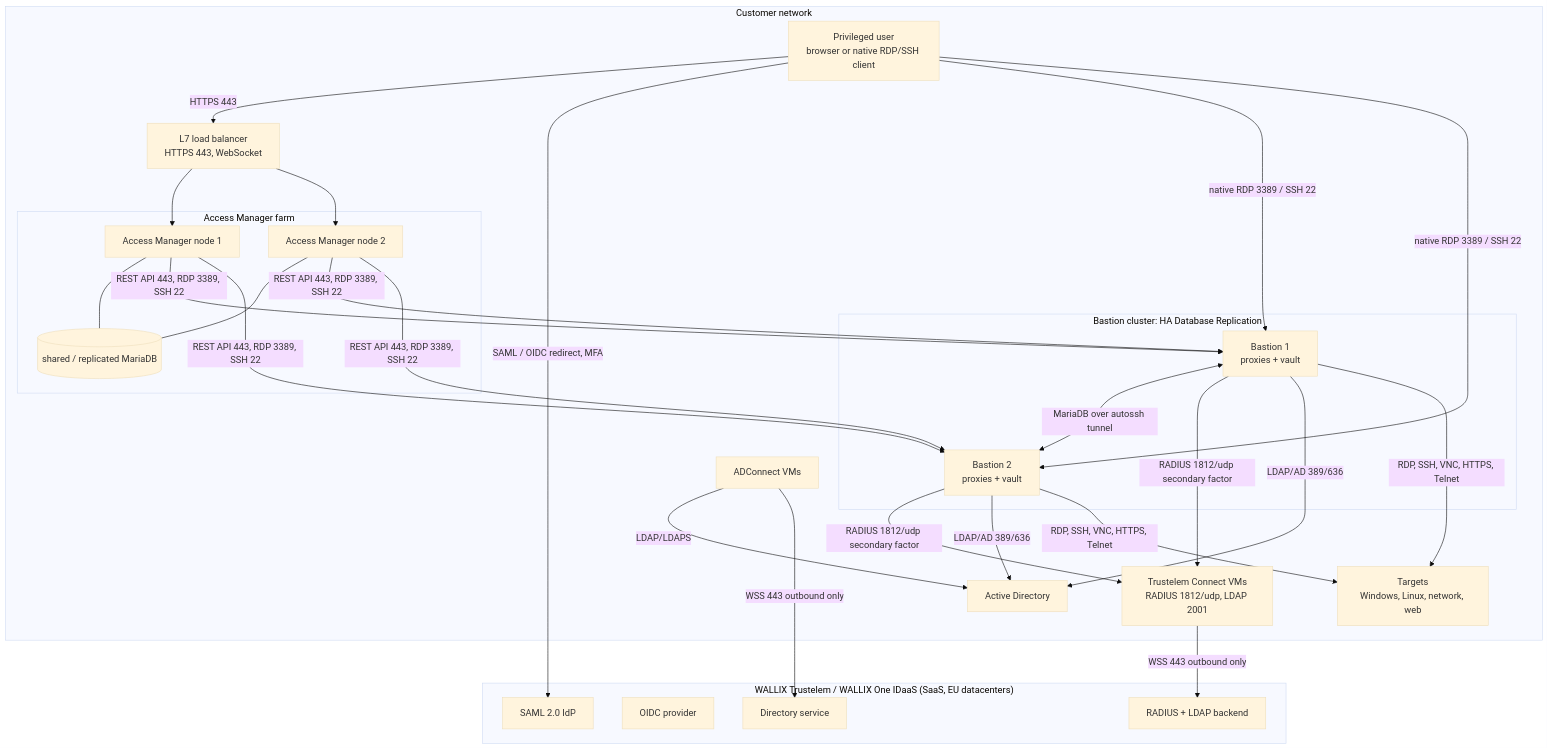
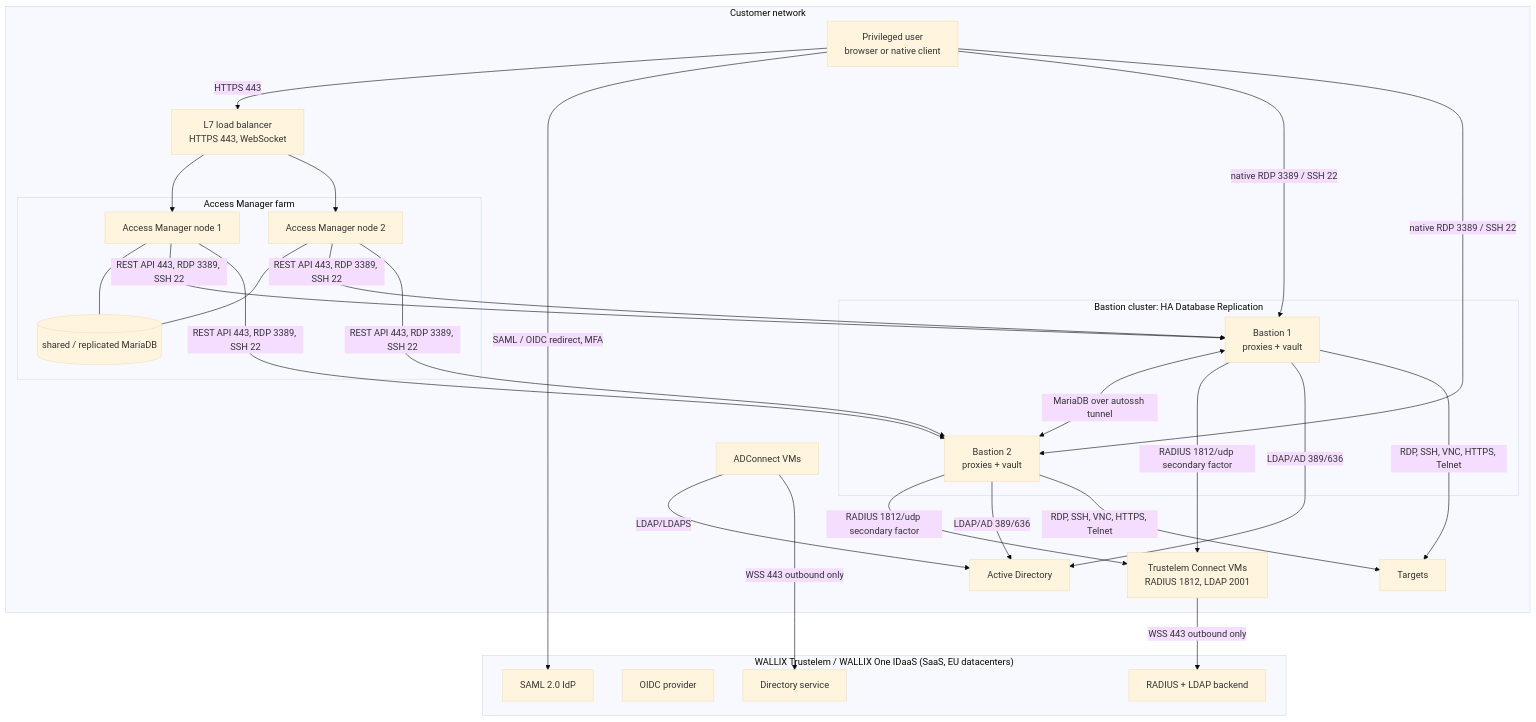
Before and after one commit to morandeirachema/Trustelem-: the diagram in tools/diagrams/01-high-level.mmd, drawn with Mermaid (base theme). The commit also changed 8 other files, not shown here.

Commit message:
Shorten Mermaid labels to stop boxes overlapping text

```diff
--- a/tools/diagrams/01-high-level.mmd
+++ b/tools/diagrams/01-high-level.mmd
@@ -1,38 +1,38 @@
 flowchart TB
     subgraph CLOUD["WALLIX Trustelem / WALLIX One IDaaS (SaaS, EU datacenters)"]
         SAML["SAML 2.0 IdP"]
         OIDC["OIDC provider"]
         RAD["RADIUS + LDAP backend"]
         DIR["Directory service"]
     end
     subgraph ONPREM["Customer network"]
-        USER["Privileged user<br/>browser or native RDP/SSH client"]
+        USER["Privileged user<br/>browser or native client"]
         LB["L7 load balancer<br/>HTTPS 443, WebSocket"]
         subgraph AMC["Access Manager farm"]
             AM1["Access Manager node 1"]
             AM2["Access Manager node 2"]
             DB[("shared / replicated MariaDB")]
         end
         subgraph BC["Bastion cluster: HA Database Replication"]
             B1["Bastion 1<br/>proxies + vault"]
             B2["Bastion 2<br/>proxies + vault"]
         end
-        CONNECT["Trustelem Connect VMs<br/>RADIUS 1812/udp, LDAP 2001"]
+        CONNECT["Trustelem Connect VMs<br/>RADIUS 1812, LDAP 2001"]
         ADC["ADConnect VMs"]
         AD["Active Directory"]
-        TGT["Targets<br/>Windows, Linux, network, web"]
+        TGT["Targets"]
     end
     USER -->|HTTPS 443| LB
     USER -->|SAML / OIDC redirect, MFA| SAML
     LB --> AM1 & AM2
     AM1 --- DB
     AM2 --- DB
     AM1 & AM2 -->|REST API 443, RDP 3389, SSH 22| B1 & B2
     USER -->|native RDP 3389 / SSH 22| B1 & B2
     B1 <-->|MariaDB over autossh tunnel| B2
     B1 & B2 -->|RADIUS 1812/udp secondary factor| CONNECT
     B1 & B2 -->|LDAP/AD 389/636| AD
     CONNECT -->|WSS 443 outbound only| RAD
     ADC -->|LDAP/LDAPS| AD
     ADC -->|WSS 443 outbound only| DIR
     B1 & B2 -->|RDP, SSH, VNC, HTTPS, Telnet| TGT
```
